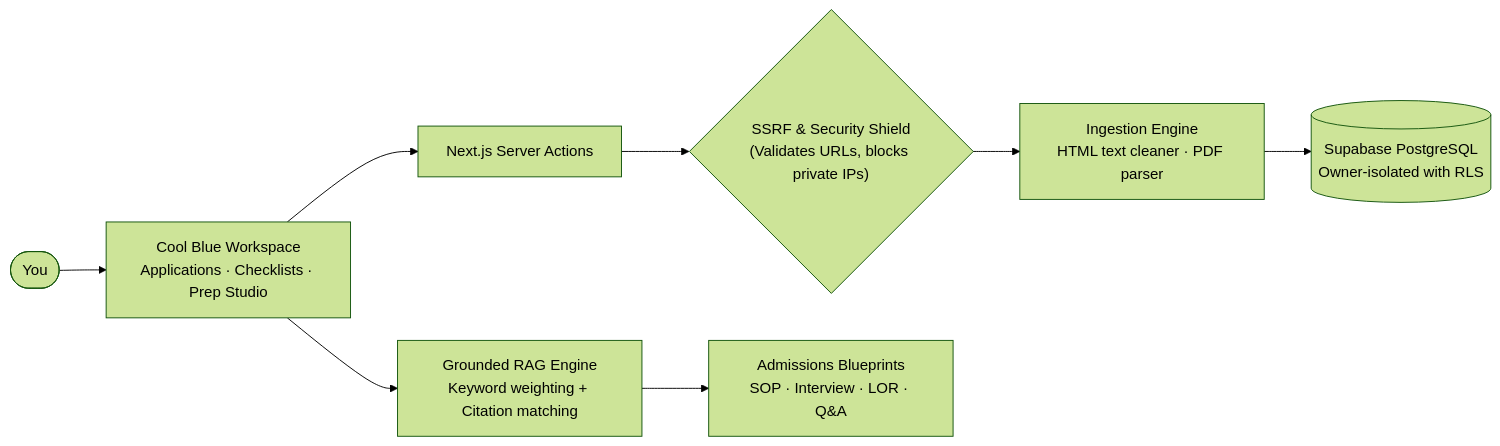
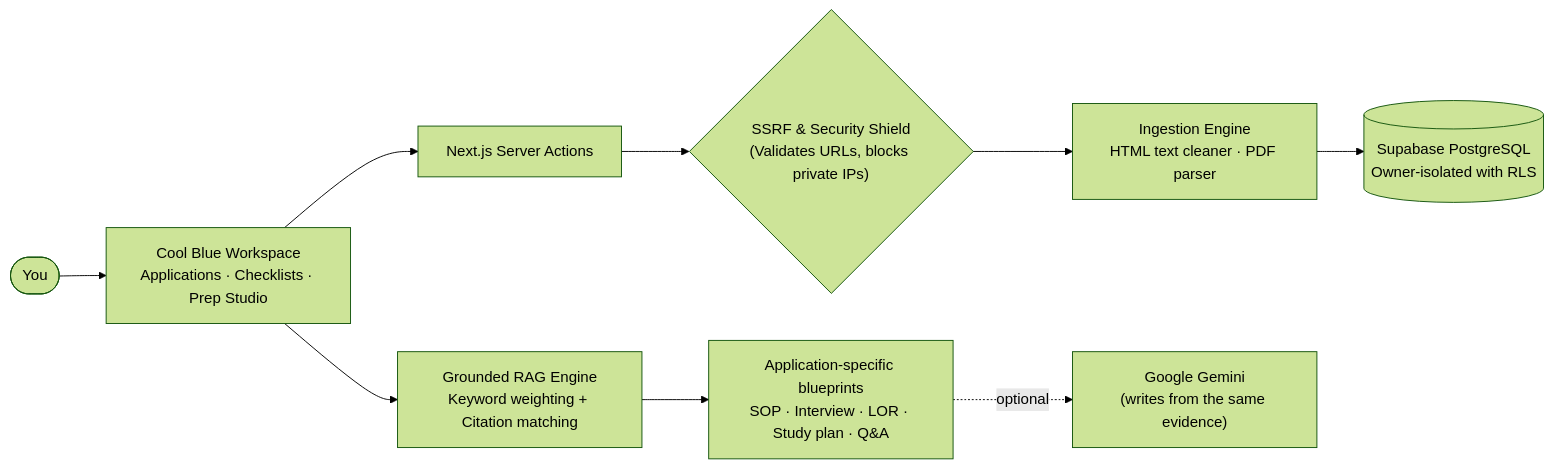
One commit to anamta-karim/abroad-application-hub changed the first of 2 diagrams in README.md. Above: the diagram before and after it, drawn with Mermaid (forest theme). The commit also changed other lines of this file and 1 other file, not shown here.

````diff
--- a/README.md
+++ b/README.md
@@ -88,10 +90,11 @@
 ```mermaid
 flowchart LR
     U([You]) --> UI["Cool Blue Workspace<br/>Applications · Checklists · Prep Studio"]
     UI --> S["Next.js Server Actions"]
     S --> SEC{"SSRF & Security Shield<br/>(Validates URLs, blocks private IPs)"}
     SEC --> ING["Ingestion Engine<br/>HTML text cleaner · PDF parser"]
     ING --> DB[("Supabase PostgreSQL<br/>Owner-isolated with RLS")]
     UI --> RAG["Grounded RAG Engine<br/>Keyword weighting + Citation matching"]
-    RAG --> GEM["Admissions Blueprints<br/>SOP · Interview · LOR · Q&A"]
+    RAG --> GEM["Application-specific blueprints<br/>SOP · Interview · LOR · Study plan · Q&A"]
+    GEM -. optional .-> AI["Google Gemini<br/>(writes from the same evidence)"]
 ```
````
